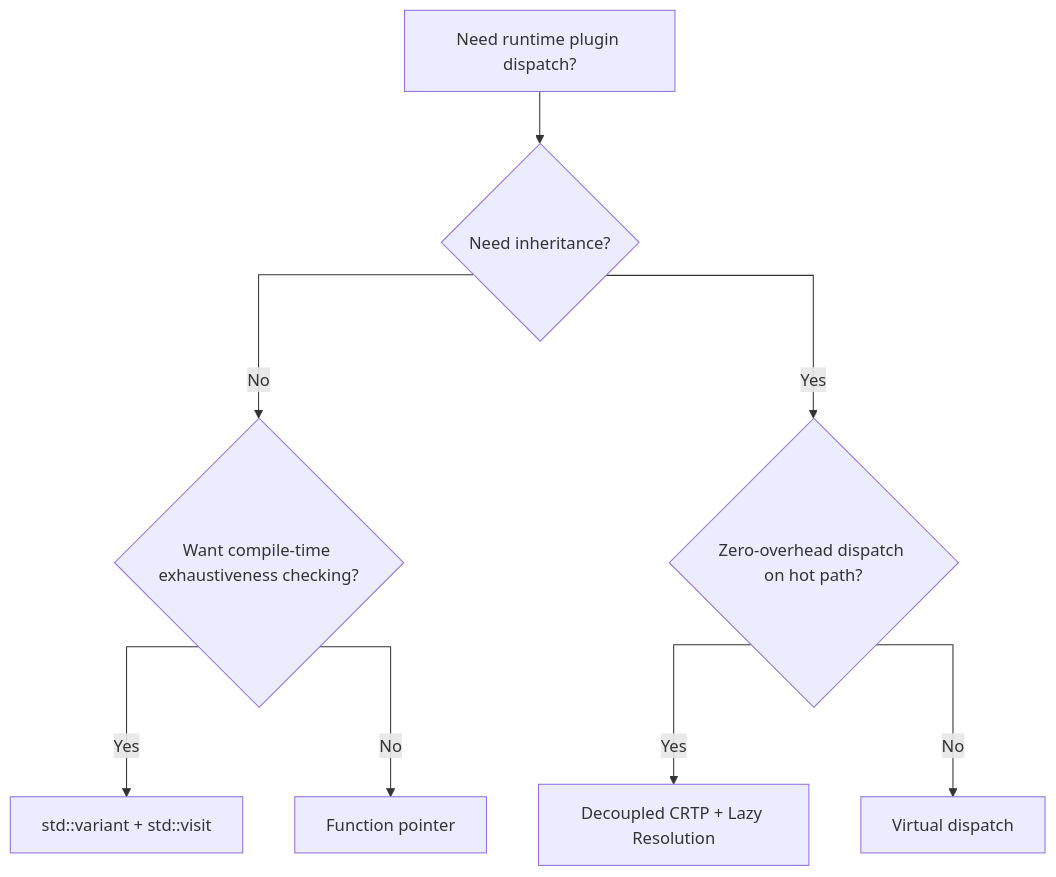
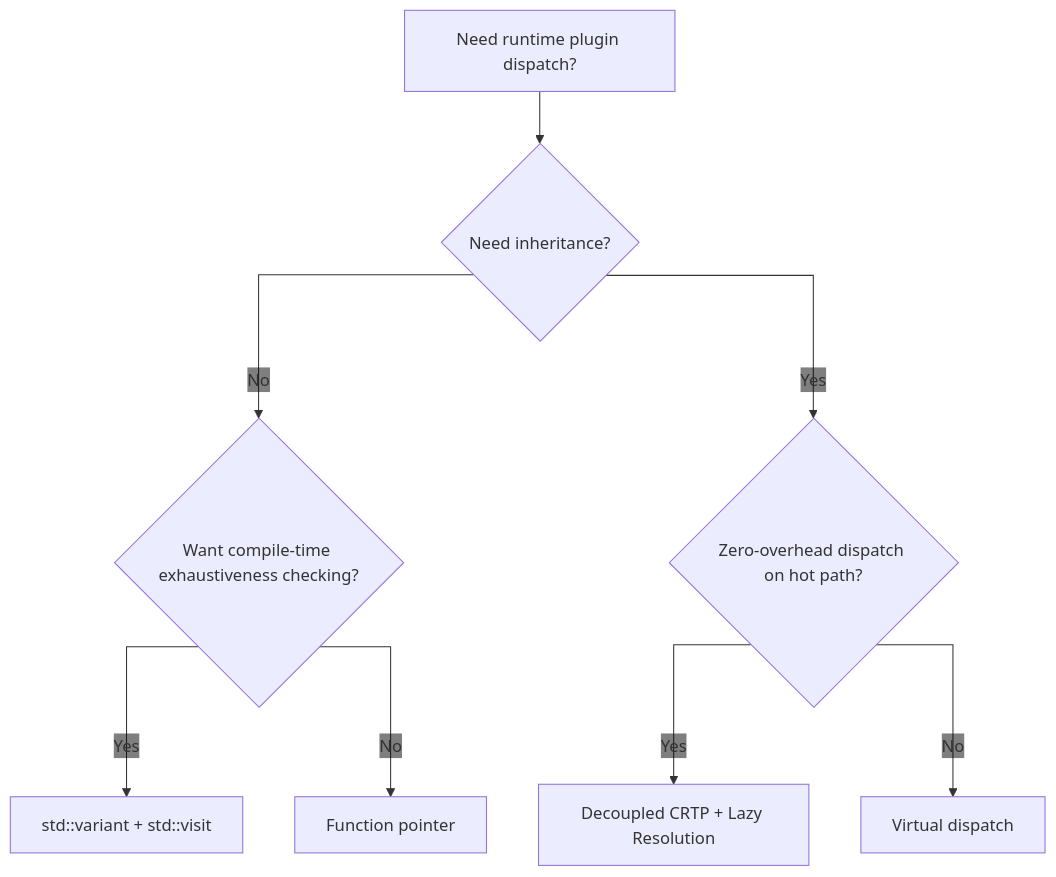
The diagram in _posts/2026-05-07-four-ways-to-dispatch-a-runtime-selected-strategy-in-cpp.md (Shubhankar-Gambhir/Shubhankar-Gambhir.github.io), drawn with Mermaid before and after one commit.

Commit message:
Remove background highlight from Yes/No edge labels in flowchart

````diff
--- a/_posts/2026-05-07-four-ways-to-dispatch-a-runtime-selected-strategy-in-cpp.md
+++ b/_posts/2026-05-07-four-ways-to-dispatch-a-runtime-selected-strategy-in-cpp.md
@@ -271,15 +271,17 @@
 ```mermaid
 ---
 config:
   flowchart:
     curve: stepAfter
+  themeVariables:
+    edgeLabelBackground: transparent
 ---
 flowchart TD
     A[Need runtime plugin dispatch?] --> B{Need inheritance?}
     B -- No --> C{Want compile-time exhaustiveness checking?}
     C -- Yes --> D["std::variant + std::visit"]
     C -- No --> E[Function pointer]
     B -- Yes --> F{Zero-overhead dispatch on hot path?}
     F -- Yes --> G[Decoupled CRTP + Lazy Resolution]
     F -- No --> H[Virtual dispatch]
 ```
````
